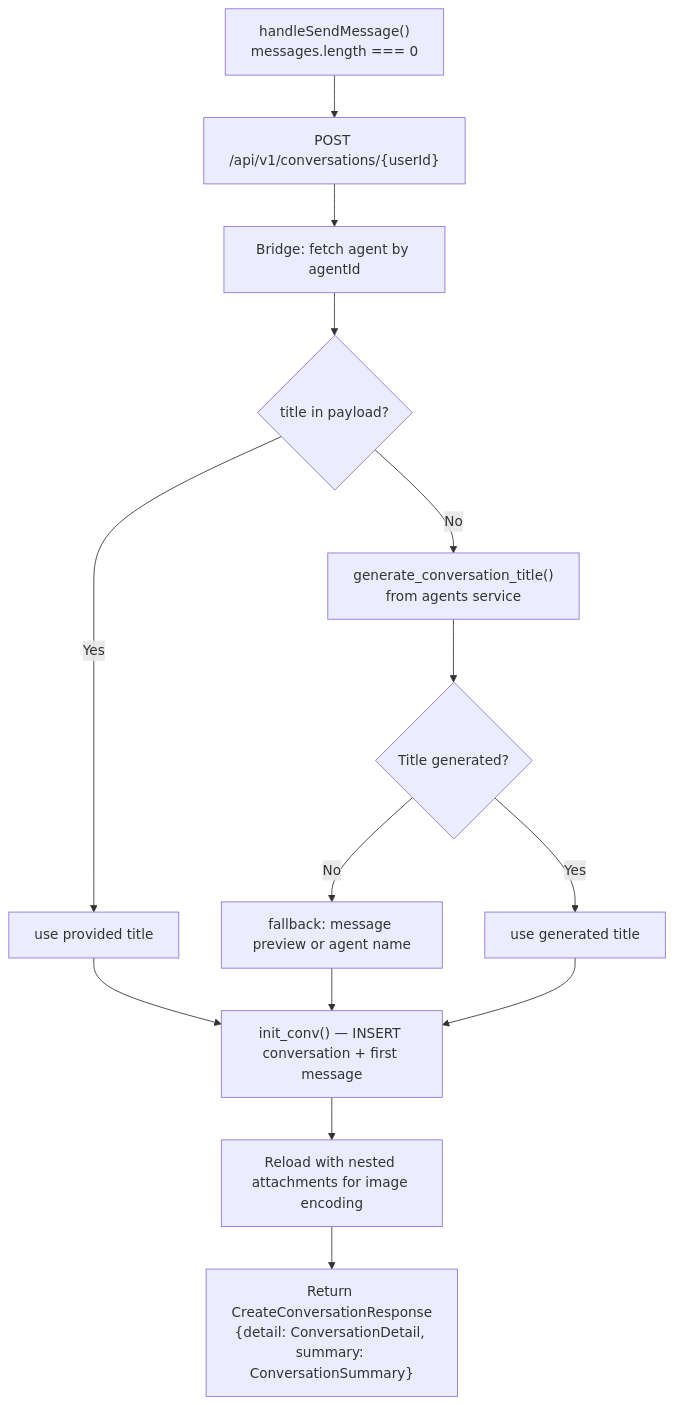
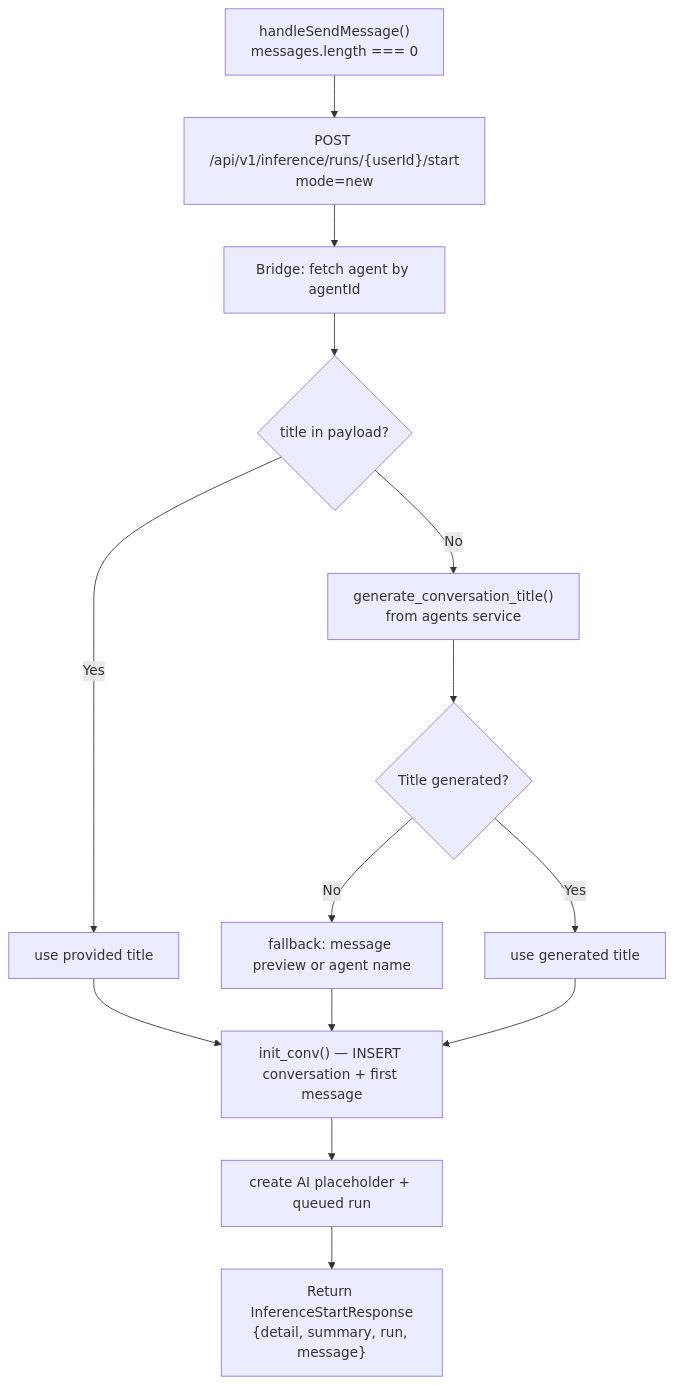
The third of 6 diagrams in docs/flows/conversation-management.md (konstantinosmpouros/mAgenticX), drawn with Mermaid before and after one commit. The commit also changed other lines of this file and 26 other files, not shown here.

Commit message:
Refactor inference start flow to backend-owned runs

````diff
--- a/docs/flows/conversation-management.md
+++ b/docs/flows/conversation-management.md
@@ -51,14 +47,14 @@
 ```mermaid
 flowchart TD
-    A["handleSendMessage()\nmessages.length === 0"] --> B["POST /api/v1/conversations/{userId}"]
+    A["handleSendMessage()\nmessages.length === 0"] --> B["POST /api/v1/inference/runs/{userId}/start\nmode=new"]
     B --> C["Bridge: fetch agent by agentId"]
     C --> D{title in payload?}
     D -->|No| E["generate_conversation_title()\nfrom agents service"]
     D -->|Yes| F["use provided title"]
     E --> G{Title generated?}
     G -->|No| H["fallback: message preview or agent name"]
     G -->|Yes| I["use generated title"]
     F & H & I --> J["init_conv() — INSERT conversation + first message"]
-    J --> K["Reload with nested attachments for image encoding"]
-    K --> L["Return CreateConversationResponse\n{detail: ConversationDetail, summary: ConversationSummary}"]
+    J --> K["create AI placeholder + queued run"]
+    K --> L["Return InferenceStartResponse\n{detail, summary, run, message}"]
 ```
````
